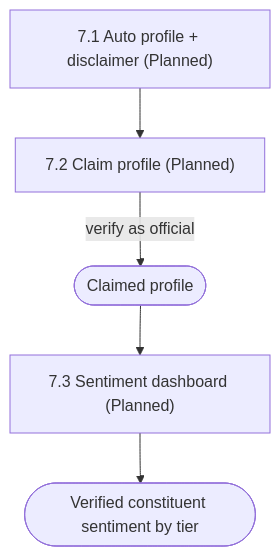
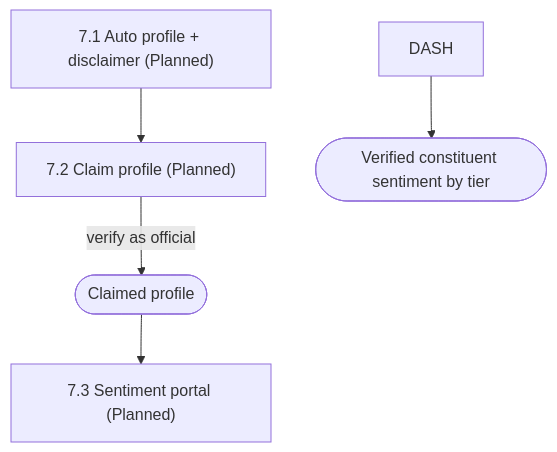
Before and after one commit to oursay/oursay: the eighth of 9 diagrams in docs/11-USER-FLOWS.md, drawn with Mermaid. The commit also changed other lines of this file and 5 other files, not shown here.

````diff
--- a/docs/11-USER-FLOWS.md
+++ b/docs/11-USER-FLOWS.md
@@ -602,7 +602,7 @@
 ```mermaid
 flowchart TD
   AUTO["7.1 Auto profile + disclaimer (Planned)"] --> CLAIM["7.2 Claim profile (Planned)"]
   CLAIM -->|"verify as official"| CLAIMED(["Claimed profile"])
-  CLAIMED --> DASH["7.3 Sentiment dashboard (Planned)"]
+  CLAIMED --> PORTAL["7.3 Sentiment portal (Planned)"]
   DASH --> SENT(["Verified constituent sentiment by tier"])
 ```
````
